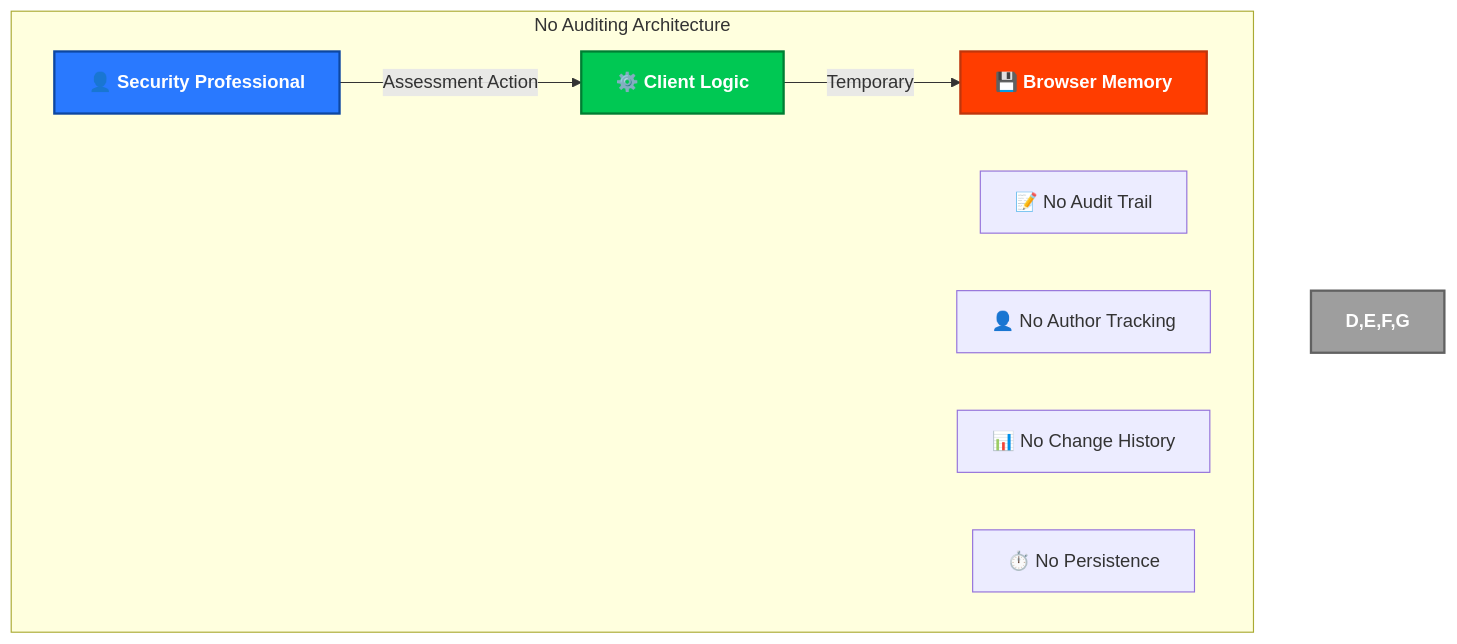
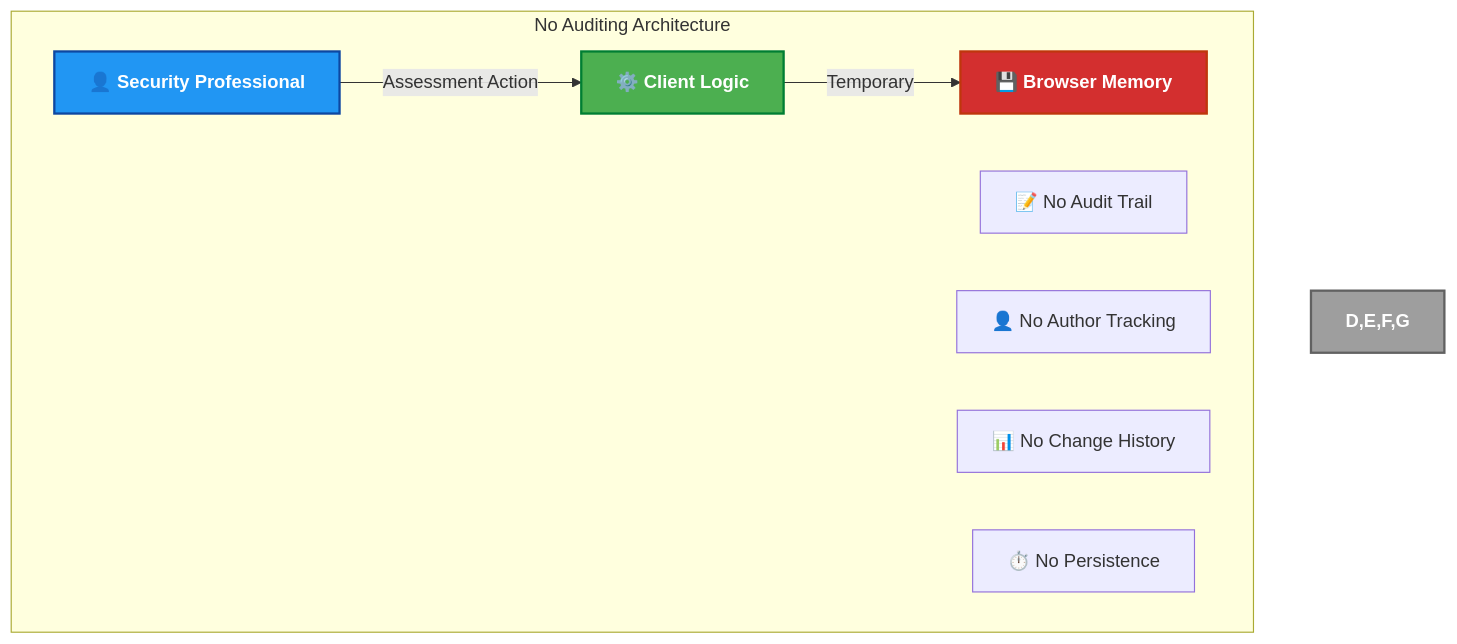
Before and after one commit to step-security-bot/cia-compliance-manager: the second of 32 diagrams in docs/architecture/SECURITY_ARCHITECTURE.md, drawn with Mermaid. The commit also changed other lines of this file and 27 other files, not shown here.

First line of the commit message:
fix: resolve broken mermaid diagrams and improve color coding to match ISMS style guide (#1106)

````diff
--- a/docs/architecture/SECURITY_ARCHITECTURE.md
+++ b/docs/architecture/SECURITY_ARCHITECTURE.md
@@ -134,17 +134,17 @@
 ```mermaid
 flowchart TD
     subgraph "No Auditing Architecture"
         A[👤 Security Professional] -->|"Assessment Action"| B[⚙️ Client Logic]
         B -->|"Temporary"| C[💾 Browser Memory]
 
         D[📝 No Audit Trail]
         E[👤 No Author Tracking]
         F[📊 No Change History]
         G[⏱️ No Persistence]
     end
 
-    style A fill:#2979FF,stroke:#0D47A1,stroke-width:2px,color:white,font-weight:bold
-    style B fill:#00C853,stroke:#007E33,stroke-width:2px,color:white,font-weight:bold
-    style C fill:#FF3D00,stroke:#BF360C,stroke-width:2px,color:white,font-weight:bold
+    style A fill:#2196F3,stroke:#0D47A1,stroke-width:2px,color:white,font-weight:bold
+    style B fill:#4CAF50,stroke:#007E33,stroke-width:2px,color:white,font-weight:bold
+    style C fill:#D32F2F,stroke:#BF360C,stroke-width:2px,color:white,font-weight:bold
     style D,E,F,G fill:#9E9E9E,stroke:#616161,stroke-width:2px,color:white,font-weight:bold
 ```
````
